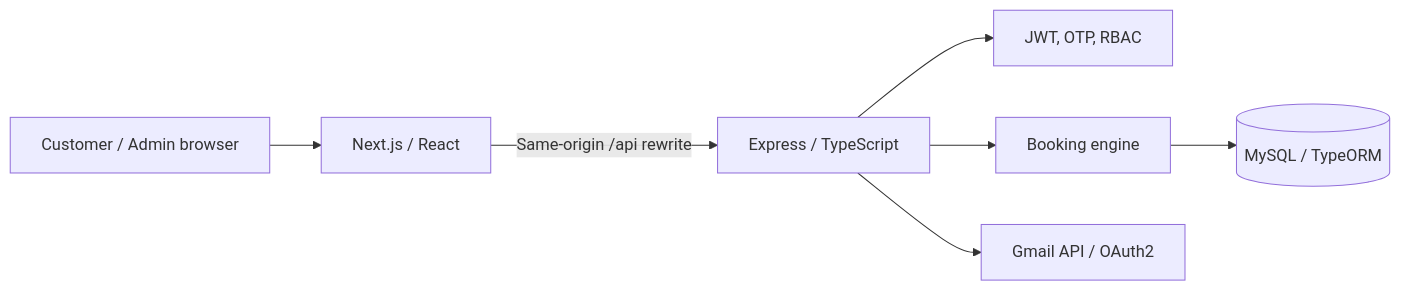
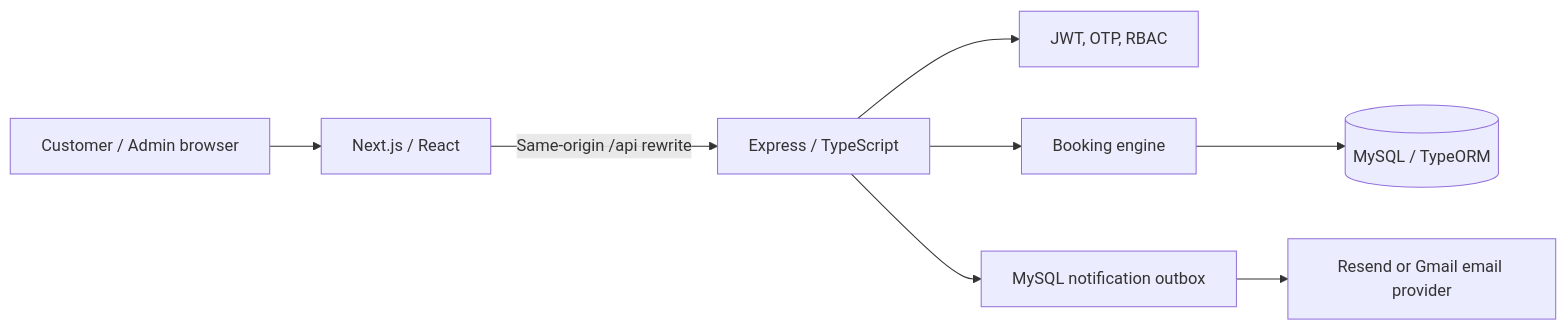
Before and after one commit to hello1224354/nail_salon_api: the diagram in README.md, drawn with Mermaid. The commit also changed other lines of this file and 66 other files, not shown here.

````diff
--- a/README.md
+++ b/README.md
@@ -29,9 +29,10 @@
 ```mermaid
 flowchart LR
   Browser[Customer / Admin browser] --> Next[Next.js / React]
   Next -->|Same-origin /api rewrite| API[Express / TypeScript]
   API --> Auth[JWT, OTP, RBAC]
   API --> Booking[Booking engine]
   Booking --> DB[(MySQL / TypeORM)]
-  API --> Email[Gmail API / OAuth2]
+  API --> Outbox[MySQL notification outbox]
+  Outbox --> Email[Resend or Gmail email provider]
 ```
````
